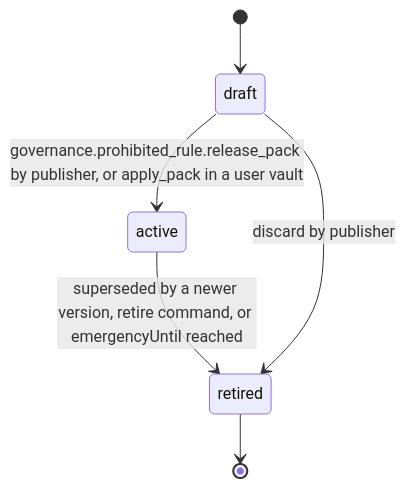
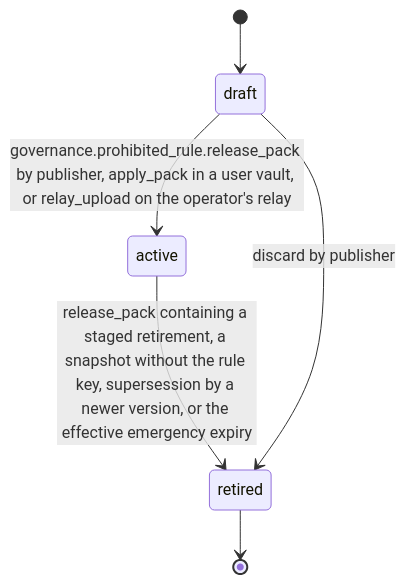
One commit to djshellshoxxx/CLASSifiedisRUPTed changed the diagram in 18_Governance/01_policy/mod_prohibited/workflow_state_machine.md. Above: the diagram before and after it, drawn with Mermaid. The commit also changed other lines of this file and 64 other files, not shown here.

````diff
--- a/18_Governance/01_policy/mod_prohibited/workflow_state_machine.md
+++ b/18_Governance/01_policy/mod_prohibited/workflow_state_machine.md
@@ -25,8 +26,8 @@
 ```mermaid
 stateDiagram-v2
   [*] --> draft
-  draft --> active: governance.prohibited_rule.release_pack by publisher, or apply_pack in a user vault
-  active --> retired: superseded by a newer version, retire command, or emergencyUntil reached
+  draft --> active: governance.prohibited_rule.release_pack by publisher, apply_pack in a user vault, or relay_upload on the operator's relay
+  active --> retired: release_pack containing a staged retirement, a snapshot without the rule key, supersession by a newer version, or the effective emergency expiry
   draft --> retired: discard by publisher
   retired --> [*]
 ```
````
